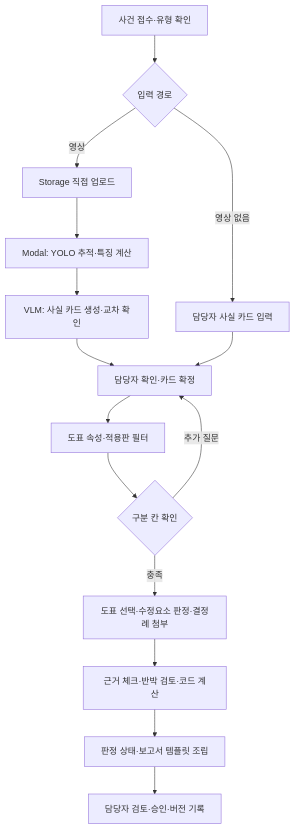
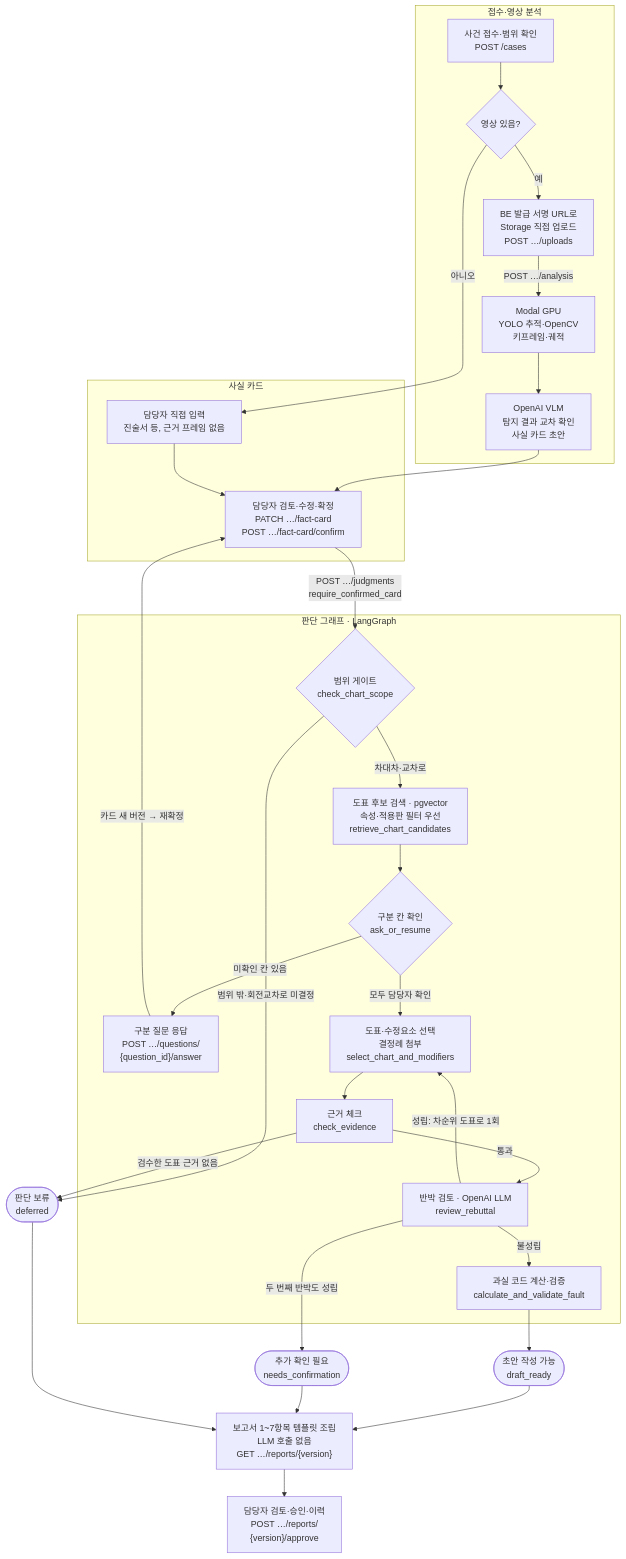
The diagram in README.md (Ok-Muncheol/ok-muncheol-be), drawn with Mermaid before and after one commit. The commit also changed other lines of this file, not shown here.

Commit message:
[DOC] README의 MVP 처리 흐름을 현재 아키텍처·코드에 맞추고 설계 원본 링크를 지운다 (#30)
- 설계 원본(Notion) 링크 줄과 이를 가리키던 문구를 지운다
- 선행 MVP 처리 흐름 mermaid를 routes.py 경로·graph.py STAGES·scope_gate 분기·판정 상태 3종 기준으로 다시 그린다
- 기술 구성 표에서 사용처가 없는 Vercel Queues 행을 지운다(Supabase Realtime은 판단 테이블 마이그레이션이 쓰므로 유지)
- 배포 문단을 FE·BE 별도 Vercel 프로젝트 기준으로 정리한다

````diff
--- a/README.md
+++ b/README.md
@@ -62,17 +61,50 @@
 ```mermaid
 flowchart TD
-    A[사건 접수·유형 확인] --> B{입력 경로}
-    B -->|영상| C[Storage 직접 업로드]
-    C --> D[Modal: YOLO 추적·특징 계산]
-    D --> E[VLM: 사실 카드 생성·교차 확인]
-    B -->|영상 없음| F[담당자 사실 카드 입력]
-    E --> G[담당자 확인·카드 확정]
+    subgraph INTAKE["접수·영상 분석"]
+        A["사건 접수·범위 확인<br/>POST /cases"] --> B{영상 있음?}
+        B -->|예| C["BE 발급 서명 URL로<br/>Storage 직접 업로드<br/>POST …/uploads"]
+        C -->|"POST …/analysis"| D["Modal GPU<br/>YOLO 추적·OpenCV<br/>키프레임·궤적"]
+        D --> E["OpenAI VLM<br/>탐지 결과 교차 확인<br/>사실 카드 초안"]
+    end
+
+    subgraph CARD["사실 카드"]
+        F["담당자 직접 입력<br/>진술서 등, 근거 프레임 없음"]
+        G["담당자 검토·수정·확정<br/>PATCH …/fact-card<br/>POST …/fact-card/confirm"]
+    end
+
+    B -->|아니오| F
+    E --> G
     F --> G
-    G --> H[도표 속성·적용판 필터]
-    H --> I{구분 칸 확인}
-    I -->|추가 질문| G
-    I -->|충족| J[도표 선택·수정요소 판정·결정례 첨부]
-    J --> K[근거 체크·반박 검토·코드 계산]
-    K --> L[판정 상태·보고서 템플릿 조립]
-    L --> M[담당자 검토·승인·버전 기록]
+
+    subgraph JUDGE["판단 그래프 · LangGraph"]
+        H{"범위 게이트<br/>check_chart_scope"}
+        I["도표 후보 검색 · pgvector<br/>속성·적용판 필터 우선<br/>retrieve_chart_candidates"]
+        J{"구분 칸 확인<br/>ask_or_resume"}
+        K["구분 질문 응답<br/>POST …/questions/<br/>{question_id}/answer"]
+        L["도표·수정요소 선택<br/>결정례 첨부<br/>select_chart_and_modifiers"]
+        M["근거 체크<br/>check_evidence"]
+        N["반박 검토 · OpenAI LLM<br/>review_rebuttal"]
+        O["과실 코드 계산·검증<br/>calculate_and_validate_fault"]
+        H -->|차대차·교차로| I --> J
+        J -->|미확인 칸 있음| K
+        J -->|모두 담당자 확인| L --> M
+        M -->|통과| N
+        N -->|불성립| O
+        N -->|"성립: 차순위 도표로 1회"| L
+    end
+
+    G -->|"POST …/judgments<br/>require_confirmed_card"| H
+    K -->|"카드 새 버전 → 재확정"| G
+
+    R1(["초안 작성 가능<br/>draft_ready"])
+    R2(["추가 확인 필요<br/>needs_confirmation"])
+    R3(["판단 보류<br/>deferred"])
+
+    H -->|"범위 밖·회전교차로 미결정"| R3
+    M -->|"검수한 도표 근거 없음"| R3
+    N -->|"두 번째 반박도 성립"| R2
+    O --> R1
+
+    R1 & R2 & R3 --> S["보고서 1~7항목 템플릿 조립<br/>LLM 호출 없음<br/>GET …/reports/{version}"]
+    S --> T["담당자 검토·승인·이력<br/>POST …/reports/<br/>{version}/approve"]
 ```
````
